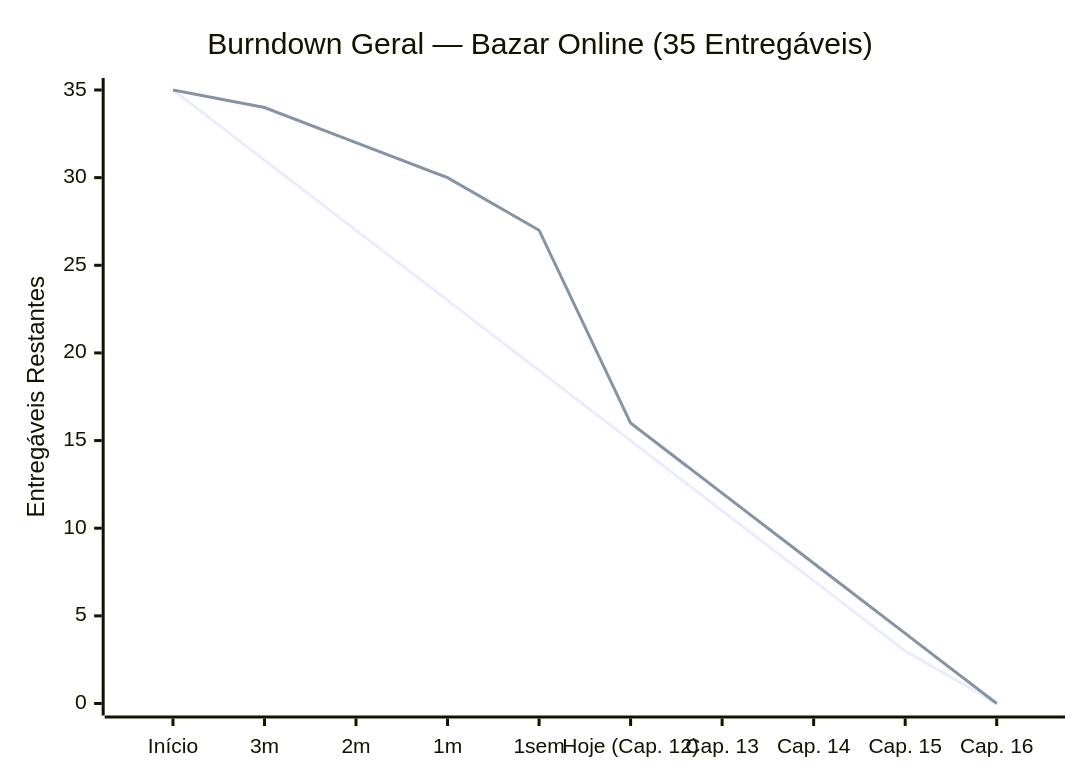
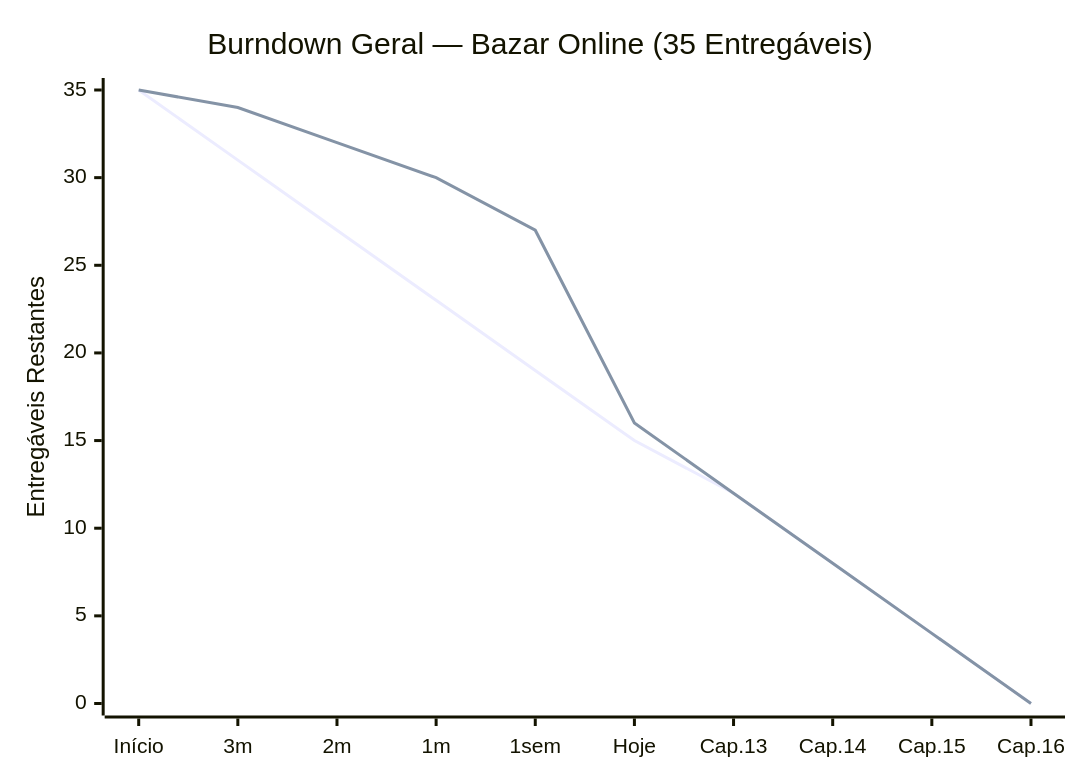
The diagram in README.md (RayllaRuthiely/ES-Bazar-Online), drawn with Mermaid before and after one commit. The commit also changed other lines of this file, not shown here.

Commit message:
atualização no gráfico de burndown.

````diff
--- a/README.md
+++ b/README.md
@@ -82,8 +82,8 @@
 ```mermaid
 xychart-beta
     title "Burndown Geral — Bazar Online (35 Entregáveis)"
-    x-axis ["Início", "3m", "2m", "1m", "1sem", "Hoje (Cap. 12)", "Cap. 13", "Cap. 14", "Cap. 15", "Cap. 16"]
+    x-axis ["Início", "3m", "2m", "1m", "1sem", "Hoje", "Cap.13", "Cap.14", "Cap.15", "Cap.16"]
     y-axis "Entregáveis Restantes" 0 --> 35
-    line [35, 31, 27, 23, 19, 15, 11, 7, 3, 0]
-    line [35, 34, 32, 30, 27, 16, 12, 8, 4, 0]
+    line "Meta Ideal" [35, 31, 27, 23, 19, 15, 12, 8, 4, 0]
+    line "Real + Projeção" [35, 34, 32, 30, 27, 16, 12, 8, 4, 0]
 ```
````
